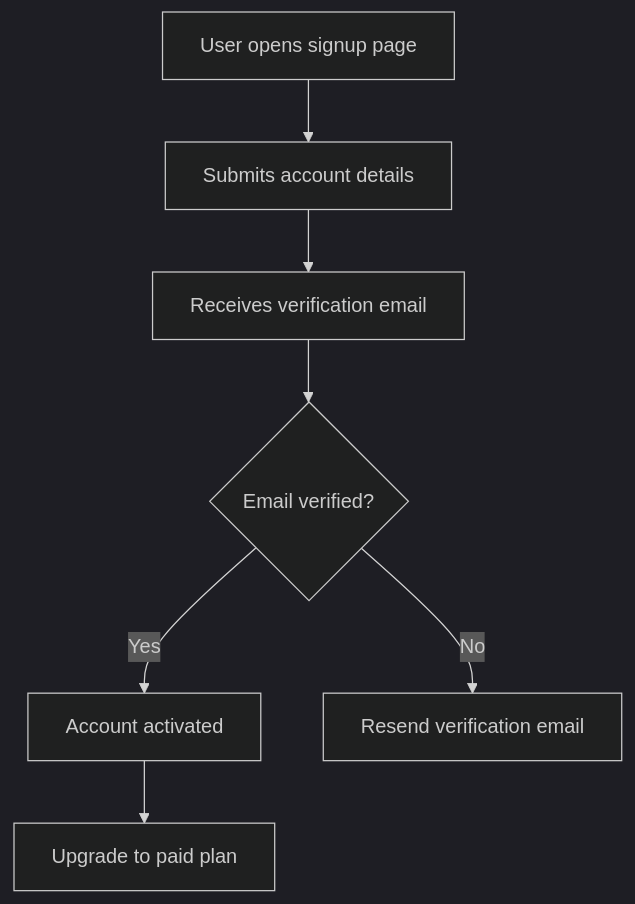
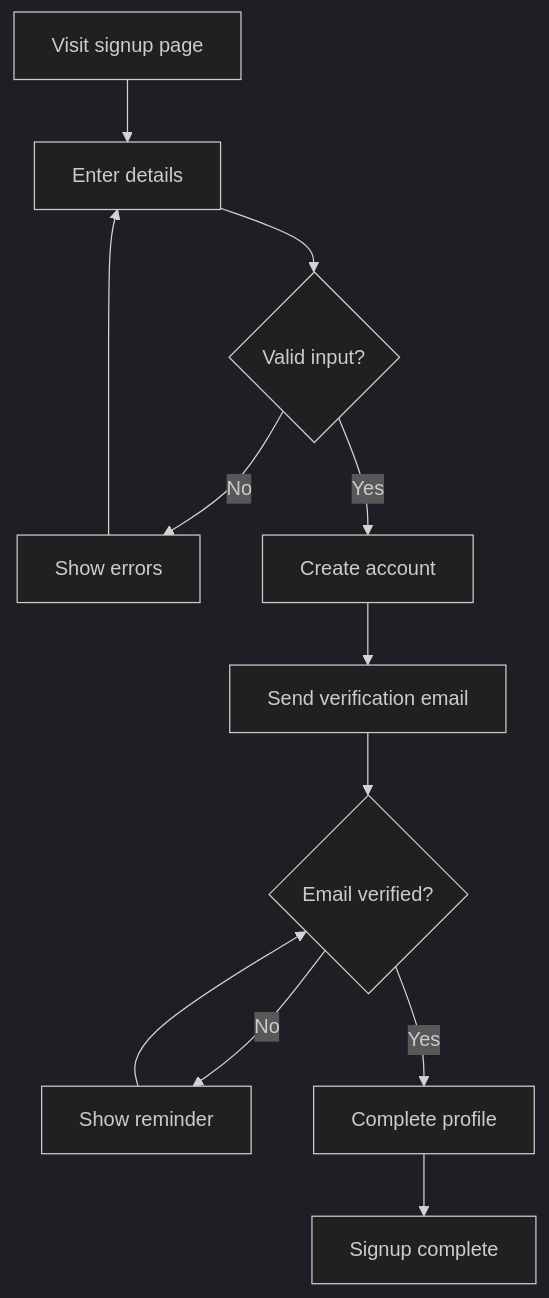
Before and after one commit to ho-henry-senior/mermaid-agent: the diagram in examples/signup-flow.mmd, drawn with Mermaid (dark theme). The commit also changed 10 other files, not shown here.

```diff
--- a/examples/signup-flow.mmd
+++ b/examples/signup-flow.mmd
@@ -1,7 +1,12 @@
 flowchart TD
-  A[User opens signup page] --> B[Submits account details]
-  B --> C[Receives verification email]
-  C --> D{Email verified?}
-  D -- Yes --> E[Account activated]
-  D -- No --> F[Resend verification email]
-  E --> G[Upgrade to paid plan]
+    A[Visit signup page] --> B[Enter details]
+    B --> C{Valid input?}
+    C -- No --> D[Show errors]
+    D --> B
+    C -- Yes --> E[Create account]
+    E --> F[Send verification email]
+    F --> G{Email verified?}
+    G -- No --> H[Show reminder]
+    H --> G
+    G -- Yes --> I[Complete profile]
+    I --> J[Signup complete]
```
